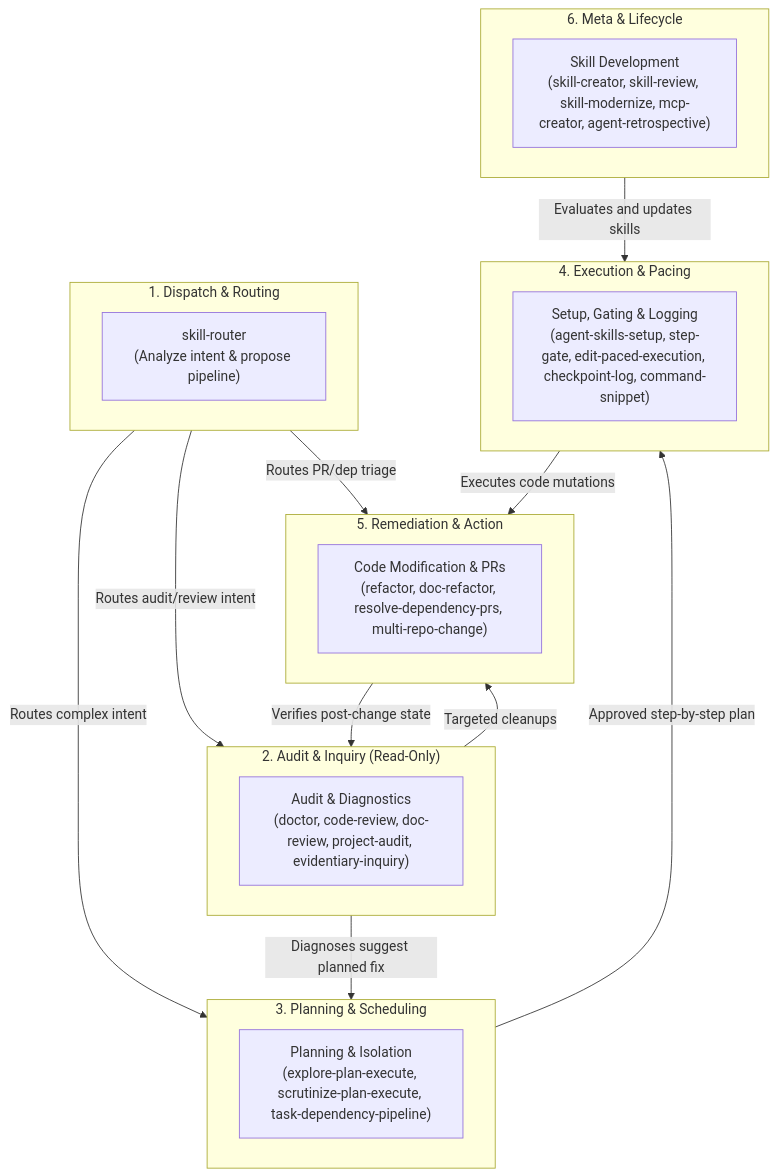
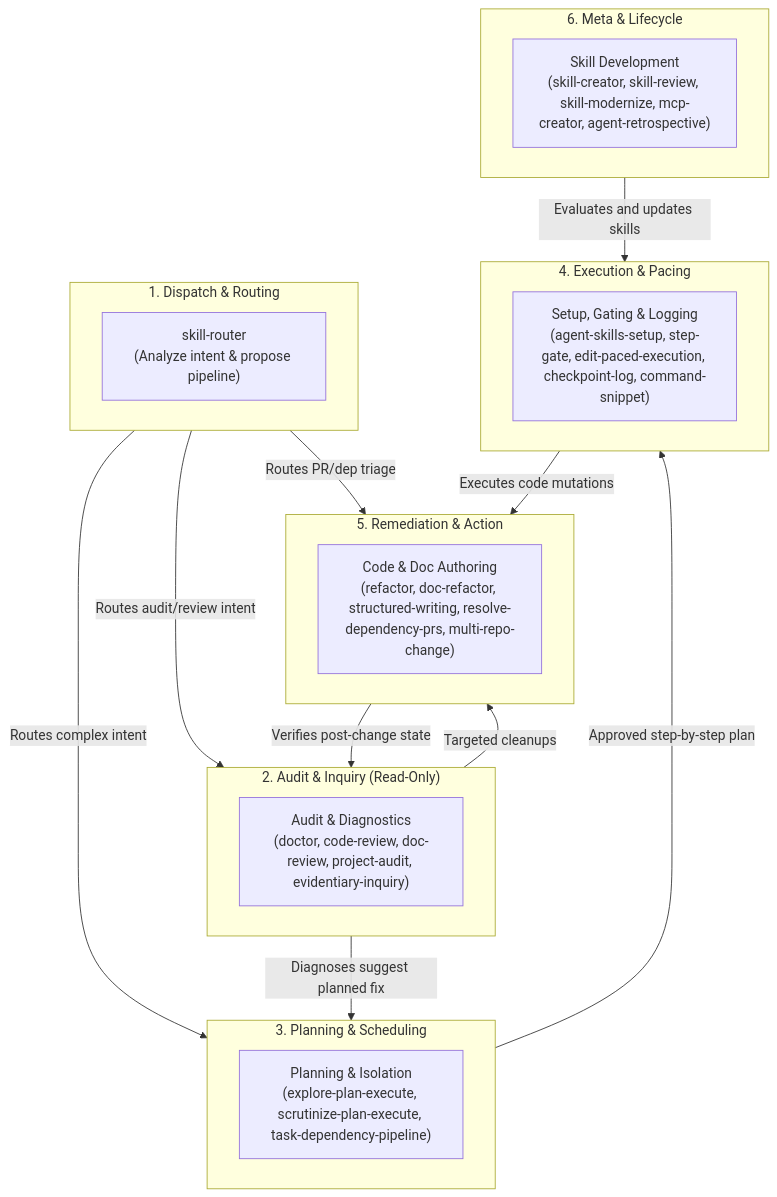
The first of 5 diagrams in docs/skill-interoperability.md (berquerant/agent-skills), drawn with Mermaid before and after one commit. The commit also changed other lines of this file and 7 other files, not shown here.

First line of the commit message:
feat(skills): add structured-writing skill and framework reference (#24)

````diff
--- a/docs/skill-interoperability.md
+++ b/docs/skill-interoperability.md
@@ -13,37 +13,37 @@
 ```mermaid
 flowchart TD
     subgraph Dispatch ["1. Dispatch & Routing"]
         SR["skill-router<br/>(Analyze intent & propose pipeline)"]
     end
 
     subgraph Audit ["2. Audit & Inquiry (Read-Only)"]
         AUD["Audit & Diagnostics<br/>(doctor, code-review, doc-review, project-audit, evidentiary-inquiry)"]
     end
 
     subgraph Planning ["3. Planning & Scheduling"]
         PLAN["Planning & Isolation<br/>(explore-plan-execute, scrutinize-plan-execute, task-dependency-pipeline)"]
     end
 
     subgraph Execution ["4. Execution & Pacing"]
         EXEC["Setup, Gating & Logging<br/>(agent-skills-setup, step-gate, edit-paced-execution, checkpoint-log, command-snippet)"]
     end
 
     subgraph Remediation ["5. Remediation & Action"]
-        REM["Code Modification & PRs<br/>(refactor, doc-refactor, resolve-dependency-prs, multi-repo-change)"]
+        REM["Code & Doc Authoring<br/>(refactor, doc-refactor, structured-writing, resolve-dependency-prs, multi-repo-change)"]
     end
 
     subgraph Meta ["6. Meta & Lifecycle"]
         META["Skill Development<br/>(skill-creator, skill-review, skill-modernize, mcp-creator, agent-retrospective)"]
     end
 
     %% High-level hand-offs
     Dispatch -->|"Routes complex intent"| Planning
     Dispatch -->|"Routes audit/review intent"| Audit
     Dispatch -->|"Routes PR/dep triage"| Remediation
     Audit -->|"Diagnoses suggest planned fix"| Planning
     Audit -->|"Targeted cleanups"| Remediation
     Planning -->|"Approved step-by-step plan"| Execution
     Execution -->|"Executes code mutations"| Remediation
     Remediation -->|"Verifies post-change state"| Audit
     Meta -->|"Evaluates and updates skills"| Execution
 ```
````
